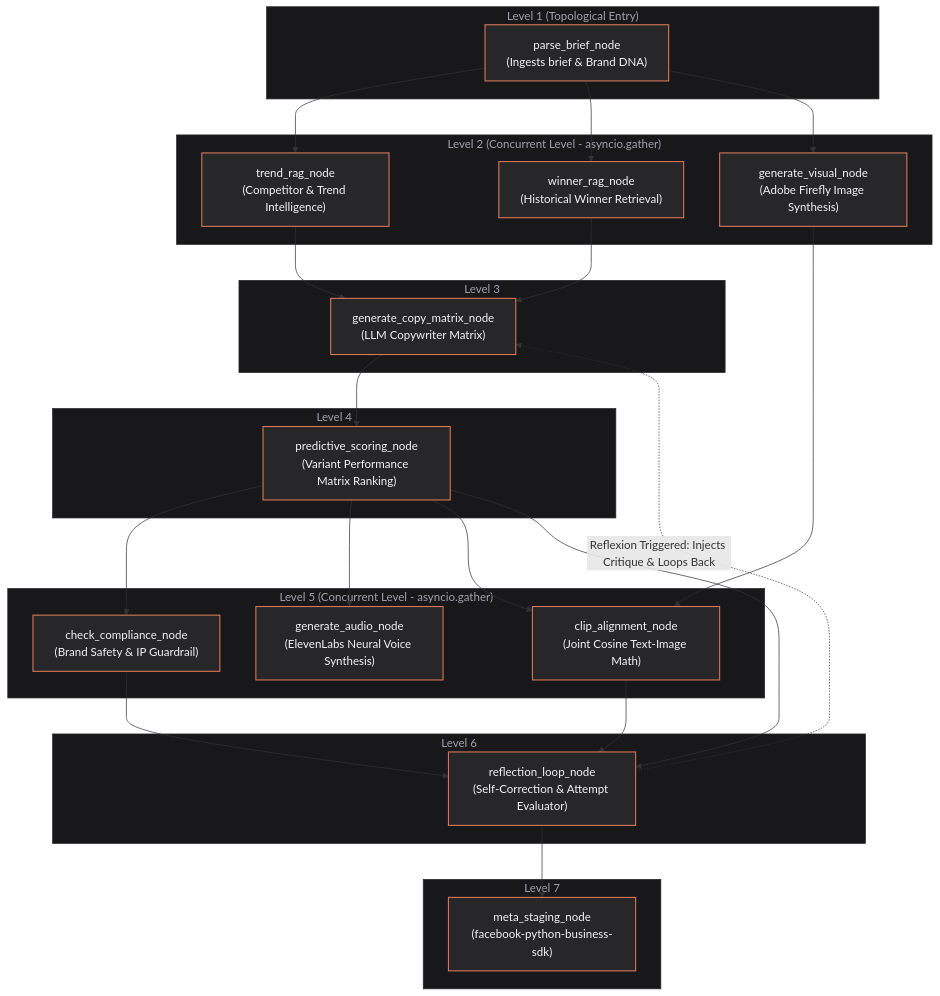
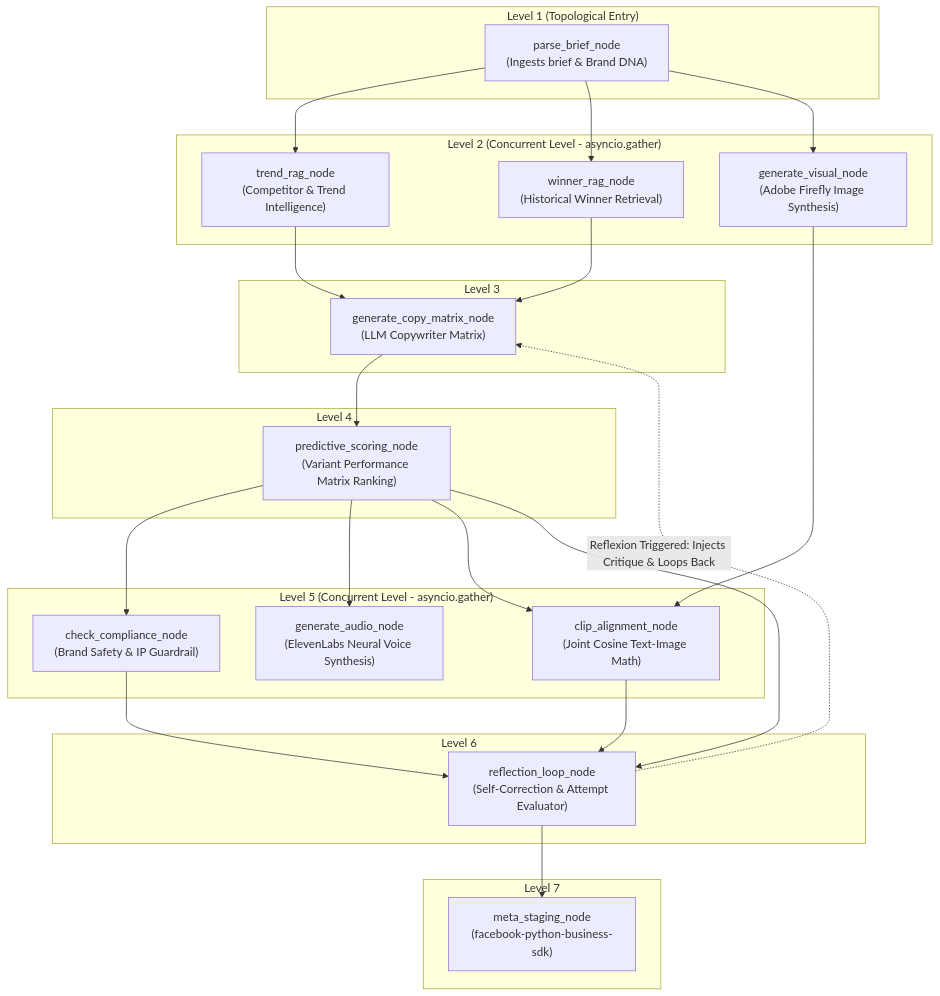
Before and after one commit to Somay-kousis/pcop: the diagram in README.md, drawn with Mermaid. The commit also changed other lines of this file, not shown here.

Commit message:
README: plain Mermaid diagram, stack badges

````diff
--- a/README.md
+++ b/README.md
@@ -9,70 +18,58 @@
 ```mermaid
 flowchart TD
-    %% Define Styles
-    classDef levelStyle fill:#1e1e24,stroke:#3b3f46,stroke-width:1px,color:#d4d4d8;
-    classDef nodeStyle fill:#27272a,stroke:#D97757,stroke-width:1.5px,color:#f4f4f5;
-
     subgraph L1["Level 1 (Topological Entry)"]
-        N1["parse_brief_node\n(Ingests brief & Brand DNA)"]:::nodeStyle
+        N1["parse_brief_node\n(Ingests brief & Brand DNA)"]
     end
 
     subgraph L2["Level 2 (Concurrent Level - asyncio.gather)"]
-        N2["trend_rag_node\n(Competitor & Trend Intelligence)"]:::nodeStyle
-        N3["winner_rag_node\n(Historical Winner Retrieval)"]:::nodeStyle
-        N4["generate_visual_node\n(Adobe Firefly Image Synthesis)"]:::nodeStyle
+        N2["trend_rag_node\n(Competitor & Trend Intelligence)"]
+        N3["winner_rag_node\n(Historical Winner Retrieval)"]
+        N4["generate_visual_node\n(Adobe Firefly Image Synthesis)"]
     end
 
     subgraph L3["Level 3"]
-        N5["generate_copy_matrix_node\n(LLM Copywriter Matrix)"]:::nodeStyle
+        N5["generate_copy_matrix_node\n(LLM Copywriter Matrix)"]
     end
 
     subgraph L4["Level 4"]
-        N6["predictive_scoring_node\n(Variant Performance Matrix Ranking)"]:::nodeStyle
+        N6["predictive_scoring_node\n(Variant Performance Matrix Ranking)"]
     end
 
     subgraph L5["Level 5 (Concurrent Level - asyncio.gather)"]
-        N7["check_compliance_node\n(Brand Safety & IP Guardrail)"]:::nodeStyle
-        N8["clip_alignment_node\n(Joint Cosine Text-Image Math)"]:::nodeStyle
-        N9["generate_audio_node\n(ElevenLabs Neural Voice Synthesis)"]:::nodeStyle
+        N7["check_compliance_node\n(Brand Safety & IP Guardrail)"]
+        N8["clip_alignment_node\n(Joint Cosine Text-Image Math)"]
+        N9["generate_audio_node\n(ElevenLabs Neural Voice Synthesis)"]
     end
 
     subgraph L6["Level 6"]
-        N10["reflection_loop_node\n(Self-Correction & Attempt Evaluator)"]:::nodeStyle
+        N10["reflection_loop_node\n(Self-Correction & Attempt Evaluator)"]
     end
 
     subgraph L7["Level 7"]
-        N11["meta_staging_node\n(facebook-python-business-sdk)"]:::nodeStyle
+        N11["meta_staging_node\n(facebook-python-business-sdk)"]
     end
 
     %% Dependency Connections
     N1 --> N2
     N1 --> N3
     N1 --> N4
 
     N2 --> N5
     N3 --> N5
 
     N5 --> N6
 
     N6 --> N7
     N6 --> N9
     N6 --> N8
     N4 --> N8
 
     N7 --> N10
     N8 --> N10
     N6 --> N10
 
     N10 --> N11
 
     %% Reflexion Supervisor Loop Connection
     N10 -.->|Reflexion Triggered: Injects Critique & Loops Back| N5
-    
-    style L1 fill:#18181b,stroke:#27272a,color:#a1a1aa
-    style L2 fill:#18181b,stroke:#27272a,color:#a1a1aa
-    style L3 fill:#18181b,stroke:#27272a,color:#a1a1aa
-    style L4 fill:#18181b,stroke:#27272a,color:#a1a1aa
-    style L5 fill:#18181b,stroke:#27272a,color:#a1a1aa
-    style L6 fill:#18181b,stroke:#27272a,color:#a1a1aa
-    style L7 fill:#18181b,stroke:#27272a,color:#a1a1aa
 ```
````
